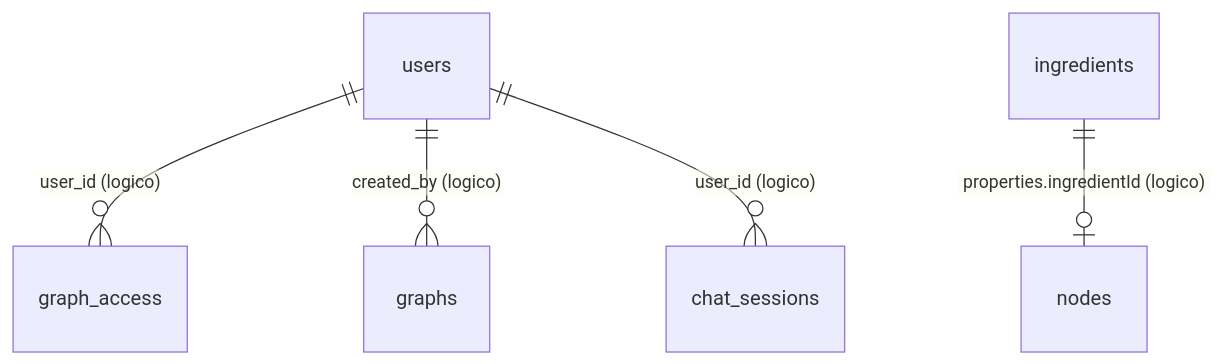
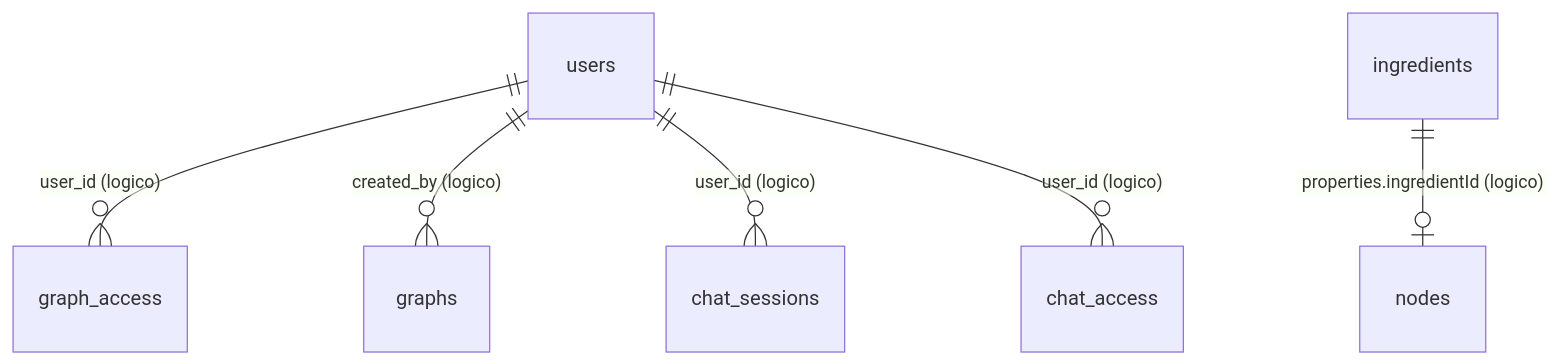
Before and after one commit to 0xHackerSpace/wrapper-api: the fifth of 5 diagrams in docs/database-diagram.md, drawn with Mermaid. The commit also changed other lines of this file and 4 other files, not shown here.

````diff
--- a/docs/database-diagram.md
+++ b/docs/database-diagram.md
@@ -186,7 +195,8 @@
 ```mermaid
 erDiagram
     users ||--o{ graph_access : "user_id (logico)"
     users ||--o{ graphs : "created_by (logico)"
     ingredients ||--o| nodes : "properties.ingredientId (logico)"
     users ||--o{ chat_sessions : "user_id (logico)"
+    users ||--o{ chat_access : "user_id (logico)"
 ```
````
